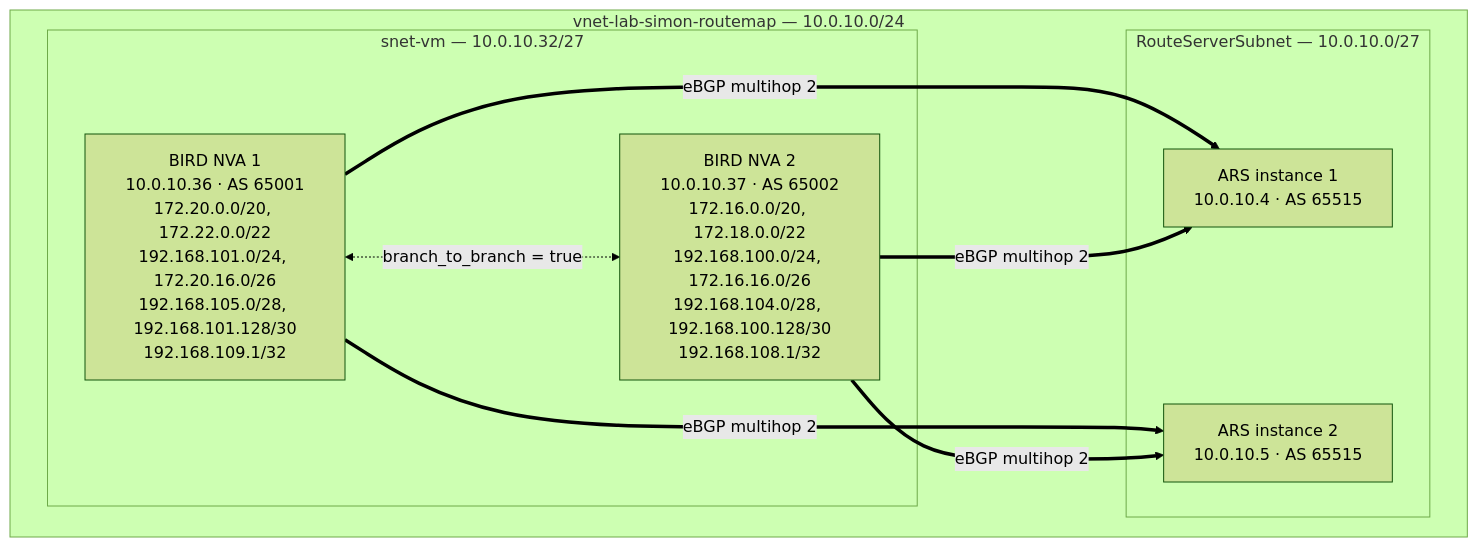
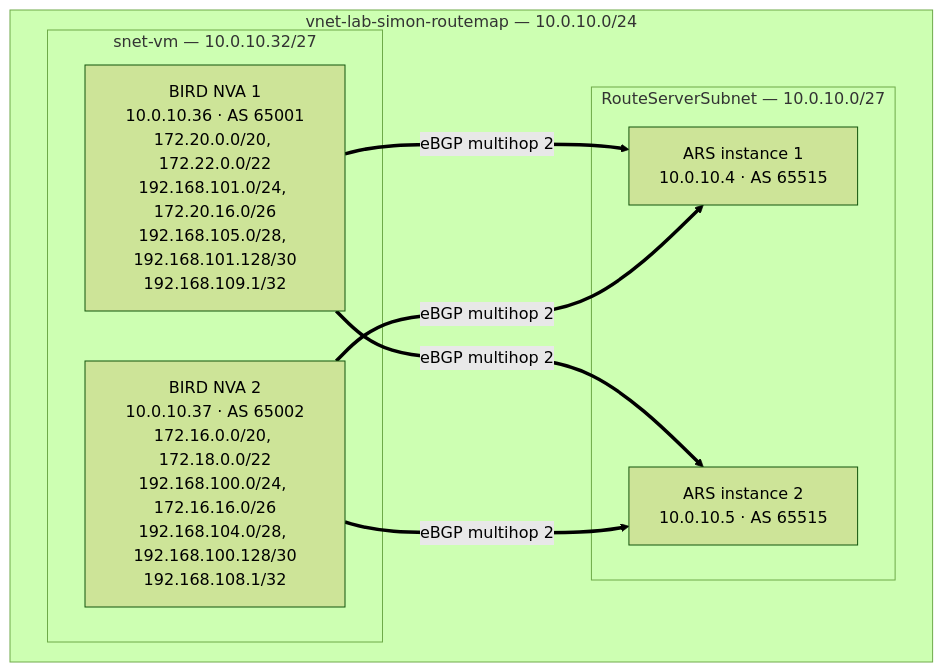
The diagram in blog/public-preview-route-maps-for-azure-route-server.md (simonpainter/www.simonpainter.com), drawn with Mermaid (forest theme) before and after one commit.

Commit message:
removed branch to branch line in diagram

````diff
--- a/blog/public-preview-route-maps-for-azure-route-server.md
+++ b/blog/public-preview-route-maps-for-azure-route-server.md
@@ -45,20 +45,19 @@
 ```mermaid
 graph TB
  subgraph VNet["vnet-lab-simon-routemap — 10.0.10.0/24"]
  subgraph RSSub["RouteServerSubnet — 10.0.10.0/27"]
  RS1["ARS instance 1<br/>10.0.10.4 · AS 65515"]
  RS2["ARS instance 2<br/>10.0.10.5 · AS 65515"]
  end
  subgraph VMSub["snet-vm — 10.0.10.32/27"]
  VM1["BIRD NVA 1<br/>10.0.10.36 · AS 65001<br/>172.20.0.0/20, 172.22.0.0/22<br/>192.168.101.0/24, 172.20.16.0/26<br/>192.168.105.0/28, 192.168.101.128/30<br/>192.168.109.1/32"]
  VM2["BIRD NVA 2<br/>10.0.10.37 · AS 65002<br/>172.16.0.0/20, 172.18.0.0/22<br/>192.168.100.0/24, 172.16.16.0/26<br/>192.168.104.0/28, 192.168.100.128/30<br/>192.168.108.1/32"]
  end
  end
 
  VM1 ==>|eBGP multihop 2| RS1
  VM1 ==>|eBGP multihop 2| RS2
  VM2 ==>|eBGP multihop 2| RS1
  VM2 ==>|eBGP multihop 2| RS2
 
- VM1 <-. "branch_to_branch = true" .-> VM2
 ```
````
